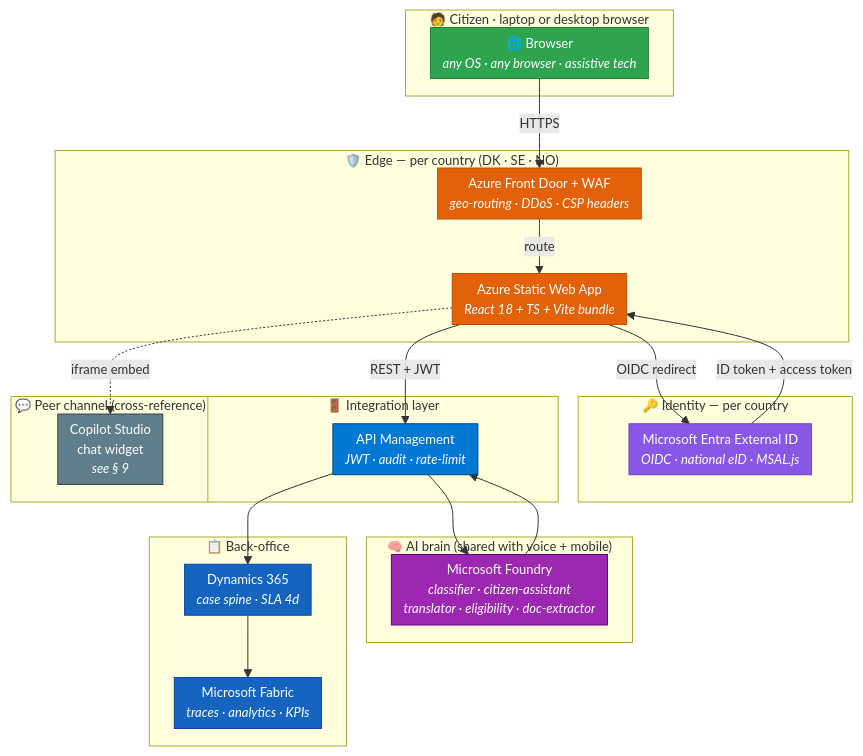
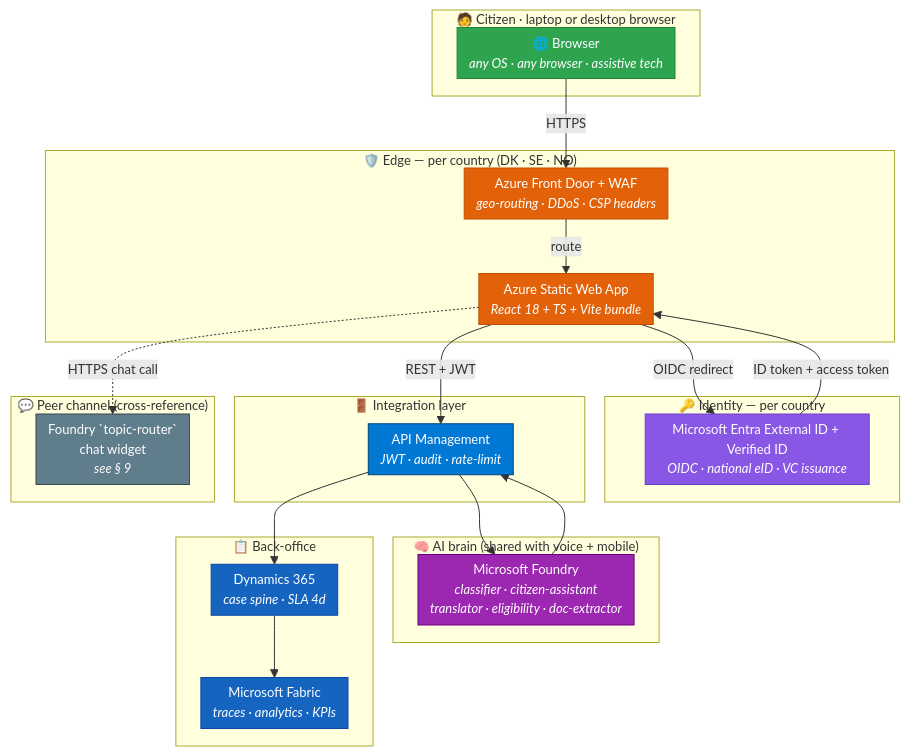
One commit to fredgis/UDCSP changed the first of 4 diagrams in docs/biz/web.md. Above: the diagram before and after it, drawn with Mermaid. The commit also changed other lines of this file and 193 other files, not shown here.

````diff
--- a/docs/biz/web.md
+++ b/docs/biz/web.md
@@ -75,60 +75,60 @@
 ```mermaid
 %%{ init: { 'flowchart': { 'nodeSpacing': 30, 'rankSpacing': 35, 'padding': 6 }, 'themeVariables': { 'fontSize': '13px' } } }%%
 flowchart TB
     subgraph CITIZEN["🧑 Citizen · laptop or desktop browser"]
         BROWSER["🌐 Browser<br/><i>any OS · any browser · assistive tech</i>"]
     end
 
     subgraph EDGE["🛡️ Edge — per country (DK · SE · NO)"]
         AFD["Azure Front Door + WAF<br/><i>geo-routing · DDoS · CSP headers</i>"]
         SWA["Azure Static Web App<br/><i>React 18 + TS + Vite bundle</i>"]
     end
 
     subgraph AUTH["🔑 Identity — per country"]
-        EXTID["Microsoft Entra External ID<br/><i>OIDC · national eID · MSAL.js</i>"]
+        EXTID["Microsoft Entra External ID + Verified ID<br/><i>OIDC · national eID · VC issuance</i>"]
     end
 
     subgraph GATEWAY["🚪 Integration layer"]
         APIM["API Management<br/><i>JWT · audit · rate-limit</i>"]
     end
 
     subgraph BRAIN["🧠 AI brain (shared with voice + mobile)"]
         FOUNDRY["Microsoft Foundry<br/><i>classifier · citizen-assistant<br/>translator · eligibility · doc-extractor</i>"]
     end
 
     subgraph BACKOFFICE["📋 Back-office"]
         D365["Dynamics 365<br/><i>case spine · SLA 4d</i>"]
         FABRIC["Microsoft Fabric<br/><i>traces · analytics · KPIs</i>"]
     end
 
     subgraph CHAT["💬 Peer channel (cross-reference)"]
-        CS["Copilot Studio<br/>chat widget<br/><i>see § 9</i>"]
+        CS["Foundry `topic-router`<br/>chat widget<br/><i>see § 9</i>"]
     end
 
     BROWSER -->|HTTPS| AFD
     AFD -->|route| SWA
     SWA -->|OIDC redirect| EXTID
     EXTID -->|ID token + access token| SWA
     SWA -->|REST + JWT| APIM
     APIM --> FOUNDRY
     FOUNDRY --> APIM
     APIM --> D365
     D365 --> FABRIC
-    SWA -.->|iframe embed| CS
+    SWA -.->|HTTPS chat call| CS
 
     classDef edge fill:#e36209,stroke:#c24e00,color:#fff
     classDef auth fill:#8957e5,stroke:#6e40c9,color:#fff
     classDef gateway fill:#0078d4,stroke:#004578,color:#fff
     classDef brain fill:#9c27b0,stroke:#6a0080,color:#fff
     classDef back fill:#1565c0,stroke:#0d47a1,color:#fff
     classDef cit fill:#2ea44f,stroke:#238636,color:#fff
     classDef chat fill:#607d8b,stroke:#37474f,color:#fff
 
     class BROWSER cit
     class AFD,SWA edge
     class EXTID auth
     class APIM gateway
     class FOUNDRY brain
     class D365,FABRIC back
     class CS chat
 ```
````
